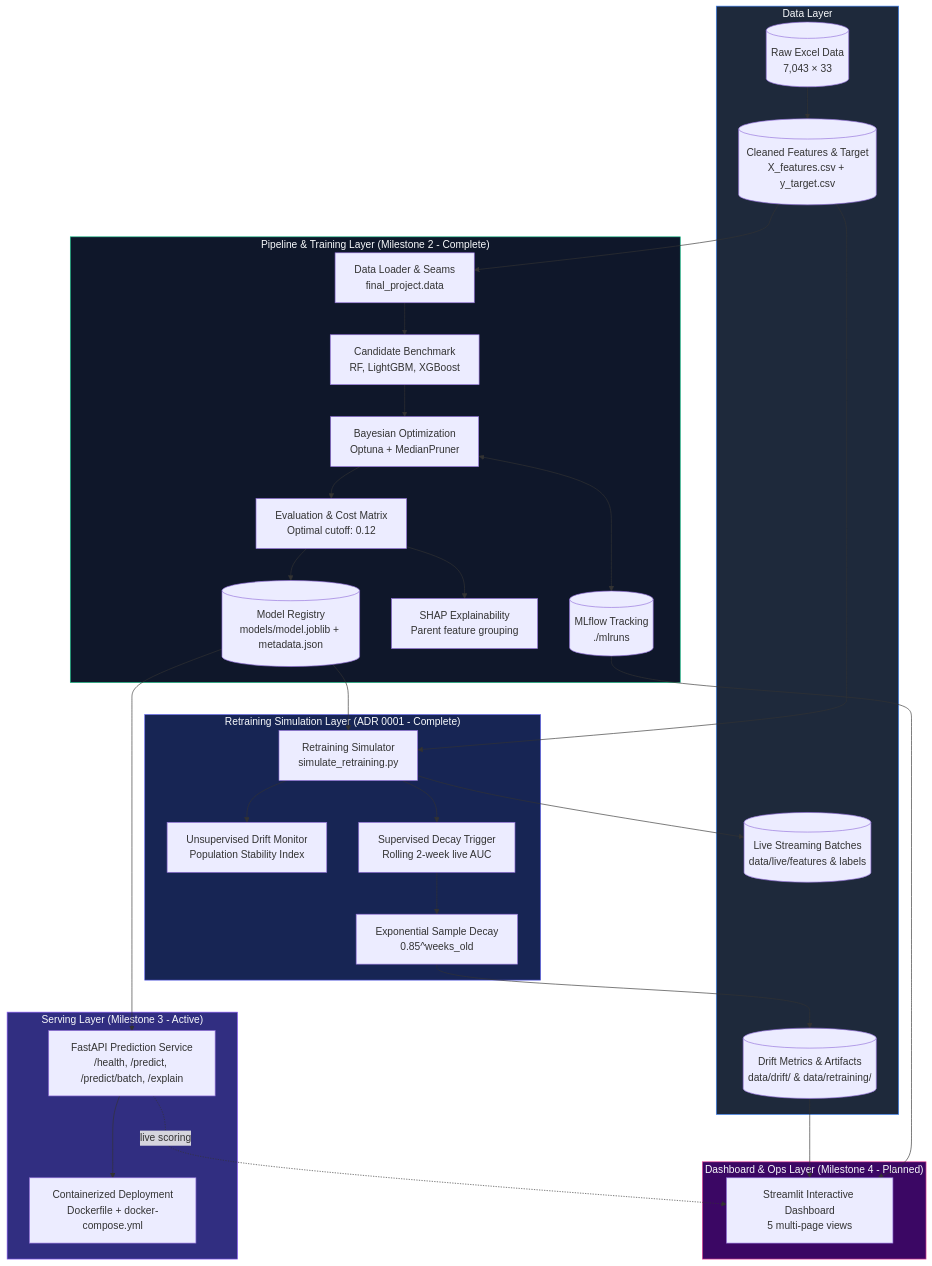
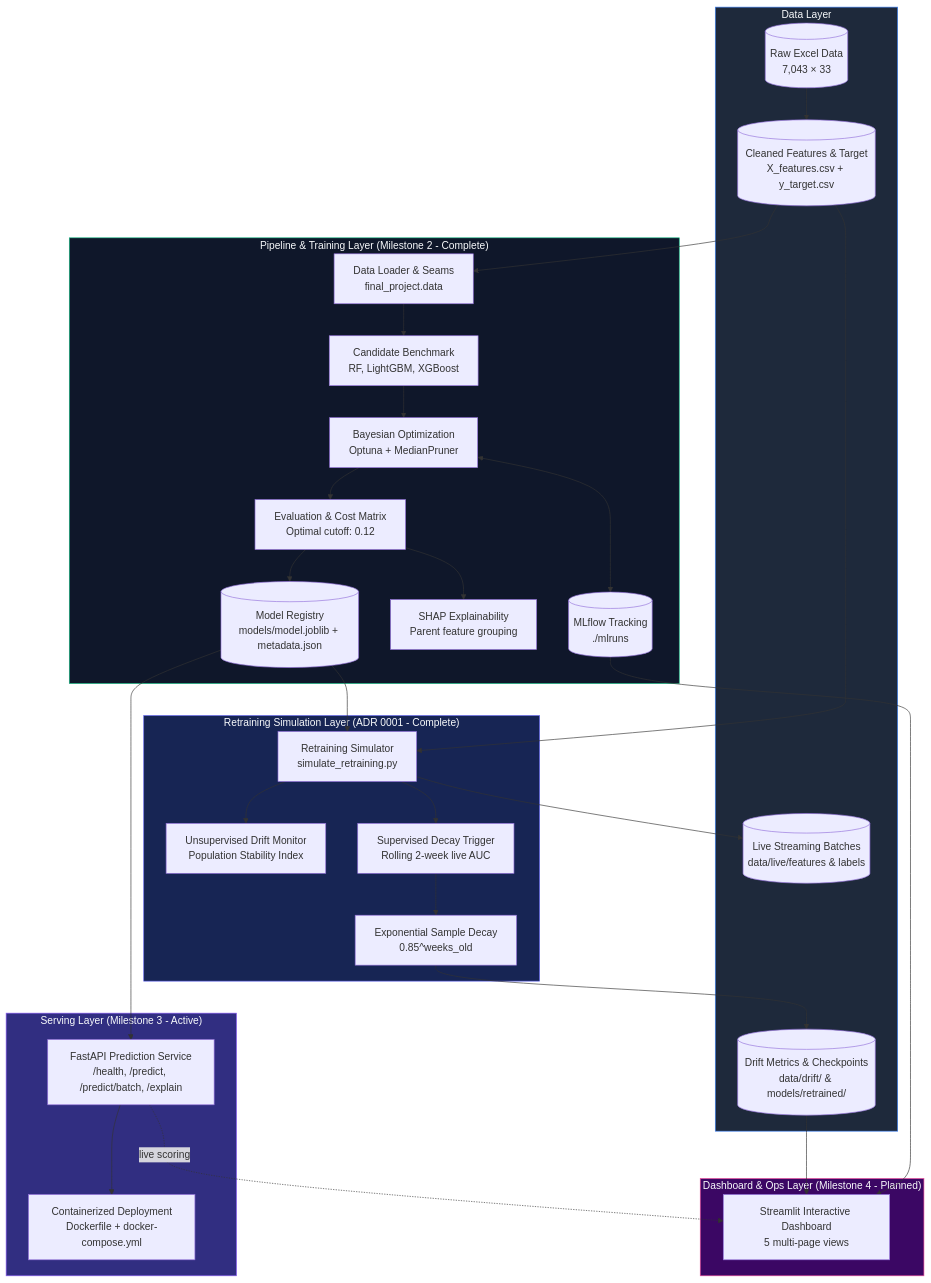
One commit to Manwelws/Final-Project changed the first of 7 diagrams in specs/implementation_plan.md. Above: the diagram before and after it, drawn with Mermaid. The commit also changed other lines of this file and 13 other files, not shown here.

Commit message:
refactor(models): consolidate retrained checkpoints and metadata under models/retrained

````diff
--- a/specs/implementation_plan.md
+++ b/specs/implementation_plan.md
@@ -35,62 +35,62 @@
 ```mermaid
 flowchart TB
     subgraph DataLayer["Data Layer"]
         RAW[("Raw Excel Data\n7,043 × 33")]
         CLEAN[("Cleaned Features & Target\nX_features.csv + y_target.csv")]
         LIVE[("Live Streaming Batches\ndata/live/features & labels")]
-        DRIFT[("Drift Metrics & Artifacts\ndata/drift/ & data/retraining/")]
+        DRIFT[("Drift Metrics & Checkpoints\ndata/drift/ & models/retrained/")]
     end
 
     subgraph PipelineLayer["Pipeline & Training Layer (Milestone 2 - Complete)"]
         LOADER["Data Loader & Seams\nfinal_project.data"]
         BENCH["Candidate Benchmark\nRF, LightGBM, XGBoost"]
         OPTUNA["Bayesian Optimization\nOptuna + MedianPruner"]
         MLFLOW[("MLflow Tracking\n./mlruns")]
         EVAL["Evaluation & Cost Matrix\nOptimal cutoff: 0.12"]
         EXPLAIN["SHAP Explainability\nParent feature grouping"]
         REGISTRY[("Model Registry\nmodels/model.joblib + metadata.json")]
     end
 
     subgraph SimulationLayer["Retraining Simulation Layer (ADR 0001 - Complete)"]
         SIM["Retraining Simulator\nsimulate_retraining.py"]
         PSI_MON["Unsupervised Drift Monitor\nPopulation Stability Index"]
         DECAY_TRIG["Supervised Decay Trigger\nRolling 2-week live AUC"]
         EXP_WEIGHT["Exponential Sample Decay\n0.85^weeks_old"]
     end
 
     subgraph ServingLayer["Serving Layer (Milestone 3 - Active)"]
         API["FastAPI Prediction Service\n/health, /predict, /predict/batch, /explain"]
         DOCKER["Containerized Deployment\nDockerfile + docker-compose.yml"]
     end
 
     subgraph DashboardLayer["Dashboard & Ops Layer (Milestone 4 - Planned)"]
         DASH["Streamlit Interactive Dashboard\n5 multi-page views"]
     end
 
     RAW --> CLEAN
     CLEAN --> LOADER
     LOADER --> BENCH
     BENCH --> OPTUNA
     OPTUNA <--> MLFLOW
     OPTUNA --> EVAL
     EVAL --> EXPLAIN
     EVAL --> REGISTRY
     REGISTRY --> SIM
     CLEAN --> SIM
     SIM --> LIVE
     SIM --> PSI_MON
     SIM --> DECAY_TRIG
     DECAY_TRIG --> EXP_WEIGHT
     EXP_WEIGHT --> DRIFT
     REGISTRY --> API
     API --> DOCKER
     DRIFT --> DASH
     MLFLOW --> DASH
     API -.->|live scoring| DASH
 
     style DataLayer fill:#1e293b,stroke:#3b82f6,color:#f8fafc
     style PipelineLayer fill:#0f172a,stroke:#10b981,color:#f8fafc
     style SimulationLayer fill:#172554,stroke:#6366f1,color:#f8fafc
     style ServingLayer fill:#312e81,stroke:#8b5cf6,color:#f8fafc
     style DashboardLayer fill:#3b0764,stroke:#ec4899,color:#f8fafc
 ```
````
